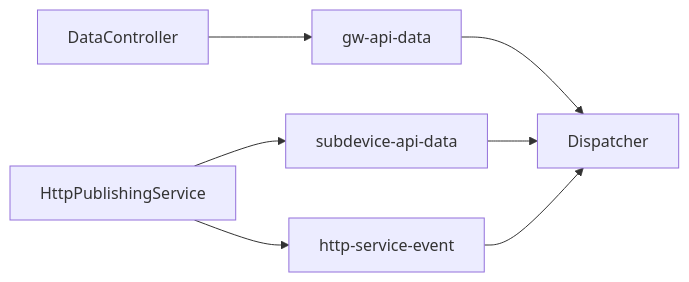
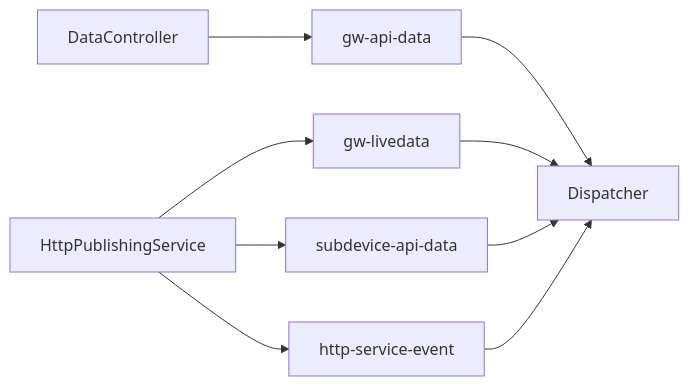
One commit to mplogas/ecowitt-controller changed the eighth of 9 diagrams in docs/architecture.md. Above: the diagram before and after it, drawn with Mermaid. The commit also changed other lines of this file and 2 other files, not shown here.

Commit message:
docs: document Push/Poll ingestion modes, livedata API, and per-gateway concurrency

````diff
--- a/docs/architecture.md
+++ b/docs/architecture.md
@@ -74,6 +119,7 @@
 ```mermaid
 flowchart LR
     DC[DataController] --> GAD[gw-api-data] --> DISP[Dispatcher]
-    HTTP[HttpPublishingService] --> SAG[subdevice-api-data] --> DISP
+    HTTP[HttpPublishingService] --> GLD[gw-livedata] --> DISP
+    HTTP --> SAG[subdevice-api-data] --> DISP
     HTTP --> HSE[http-service-event] --> DISP
 ```
````
